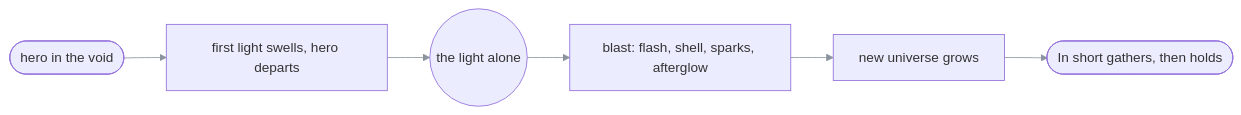
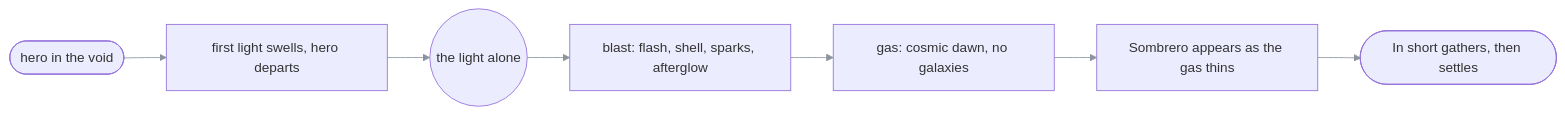
Before and after one commit to EzzoHamdan/EzzoHamdan.github.io: the third of 6 diagrams in README.md, drawn with Mermaid. The commit also changed other lines of this file, not shown here.

````diff
--- a/README.md
+++ b/README.md
@@ -254,9 +267,10 @@
 ```mermaid
 %%{init: {'themeVariables': {'fontFamily': 'ui-monospace, SFMono-Regular, Menlo, monospace', 'lineColor': '#8b949e'}}}%%
 flowchart LR
   hero([hero in the void]) --> light[first light swells, hero departs]
   light --> point((the light alone))
   point --> blast[blast: flash, shell, sparks, afterglow]
-  blast --> grow[new universe grows]
-  grow --> title([In short gathers, then holds])
+  blast --> dust[gas: cosmic dawn, no galaxies]
+  dust --> cosmos[Sombrero appears as the gas thins]
+  cosmos --> title([In short gathers, then settles])
 ```
````
